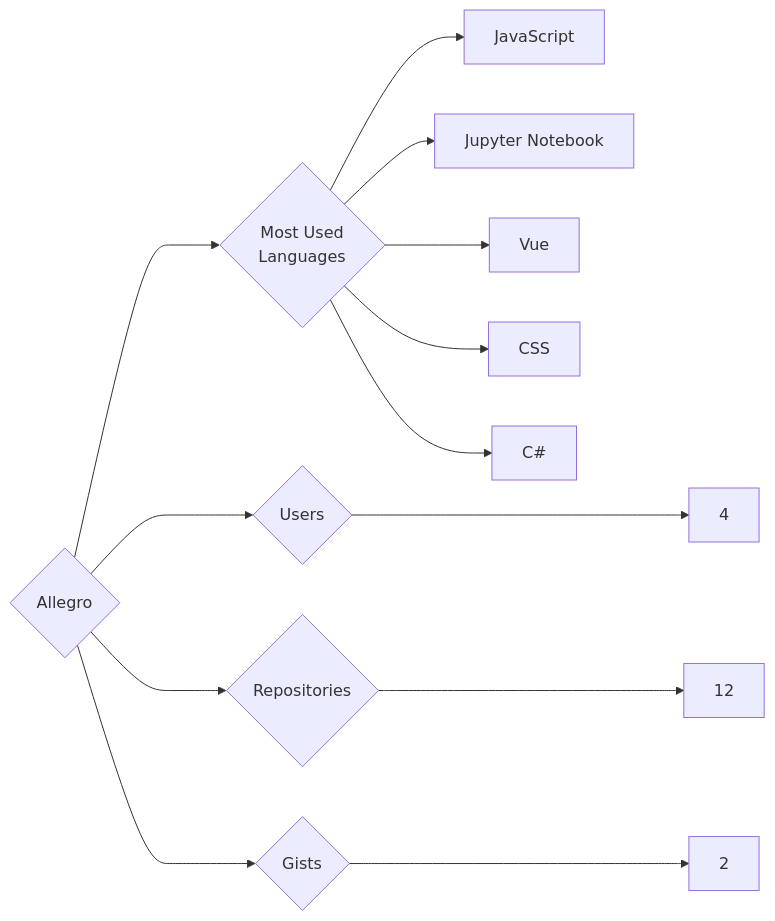
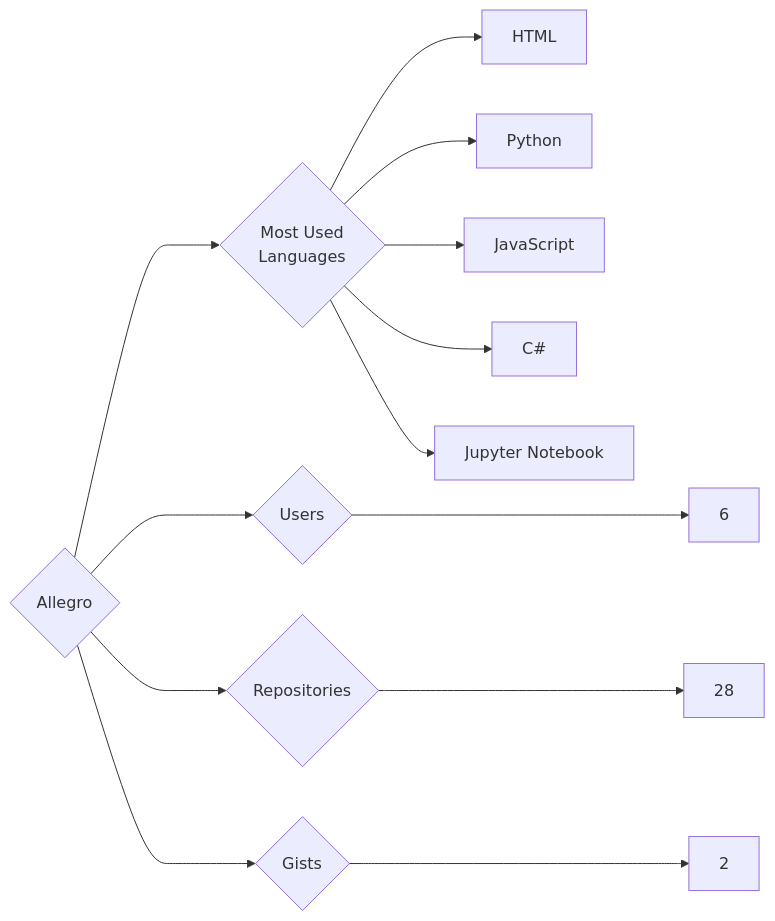
The diagram in targets/Allegro/README.md (trickest/insiders), drawn with Mermaid before and after one commit. The commit also changed 938 other files, not shown here.

````diff
--- a/targets/Allegro/README.md
+++ b/targets/Allegro/README.md
@@ -3,13 +3,13 @@
 ```mermaid
 graph LR
 COMPANY_NAME{Allegro}
-COMPANY_NAME ---> U{Users} ---> UN[4]
-COMPANY_NAME ---> R{Repositories} ---> RN[12]
+COMPANY_NAME ---> U{Users} ---> UN[6]
+COMPANY_NAME ---> R{Repositories} ---> RN[28]
 COMPANY_NAME ---> G{Gists} ---> GN[2]
 COMPANY_NAME ---> ML{Most Used<br>Languages}
+ML --> HTML[HTML]
+ML --> Python[Python]
 ML --> JavaScript[JavaScript]
+ML --> C#[C#]
 ML --> Jupyter_Notebook[Jupyter Notebook]
-ML --> Vue[Vue]
-ML --> CSS[CSS]
-ML --> C#[C#]
 ```
````
